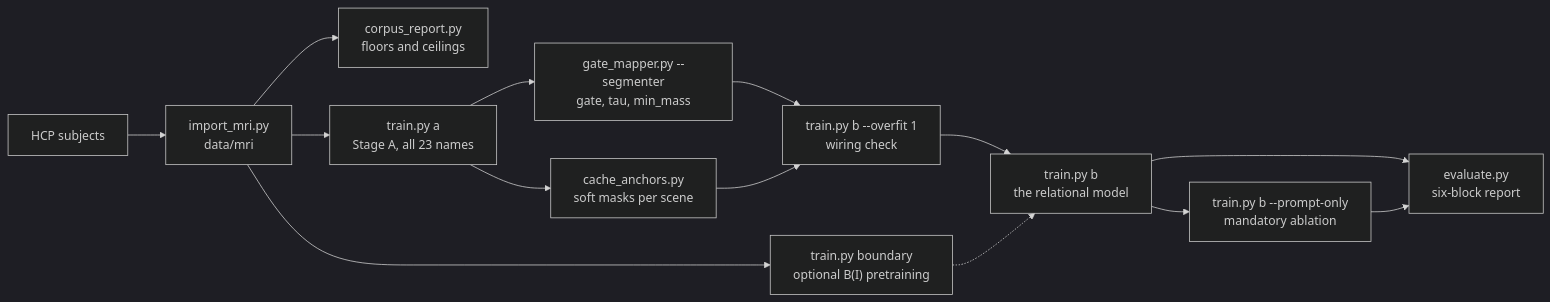
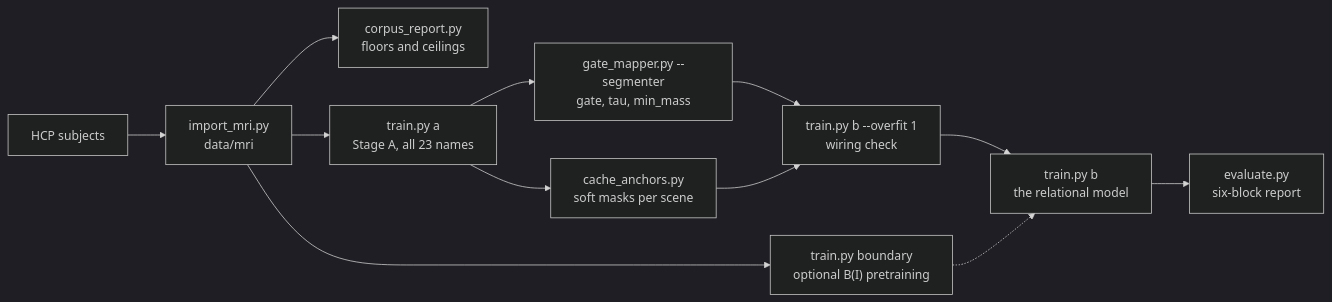
One commit to MaximeHuppe/SpatialVox changed the first of 2 diagrams in documentation/SpatialVox.md. Above: the diagram before and after it, drawn with Mermaid (dark theme). The commit also changed other lines of this file and 17 other files, not shown here.

````diff
--- a/documentation/SpatialVox.md
+++ b/documentation/SpatialVox.md
@@ -111,16 +111,14 @@
 ```mermaid
 flowchart LR
     HCP["HCP subjects"] --> IMP["import_mri.py<br/>data/mri"]
     IMP --> REP["corpus_report.py<br/>floors and ceilings"]
     IMP --> TA["train.py a<br/>Stage A, all 23 names"]
     TA --> GATE["gate_mapper.py --segmenter<br/>gate, tau, min_mass"]
     TA --> CACHE["cache_anchors.py<br/>soft masks per scene"]
     IMP --> PRE["train.py boundary<br/>optional B(I) pretraining"]
     GATE --> OVF["train.py b --overfit 1<br/>wiring check"]
     CACHE --> OVF
     OVF --> TB["train.py b<br/>the relational model"]
     PRE -.-> TB
-    TB --> PO["train.py b --prompt-only<br/>mandatory ablation"]
     TB --> EV["evaluate.py<br/>six-block report"]
-    PO --> EV
 ```
````
